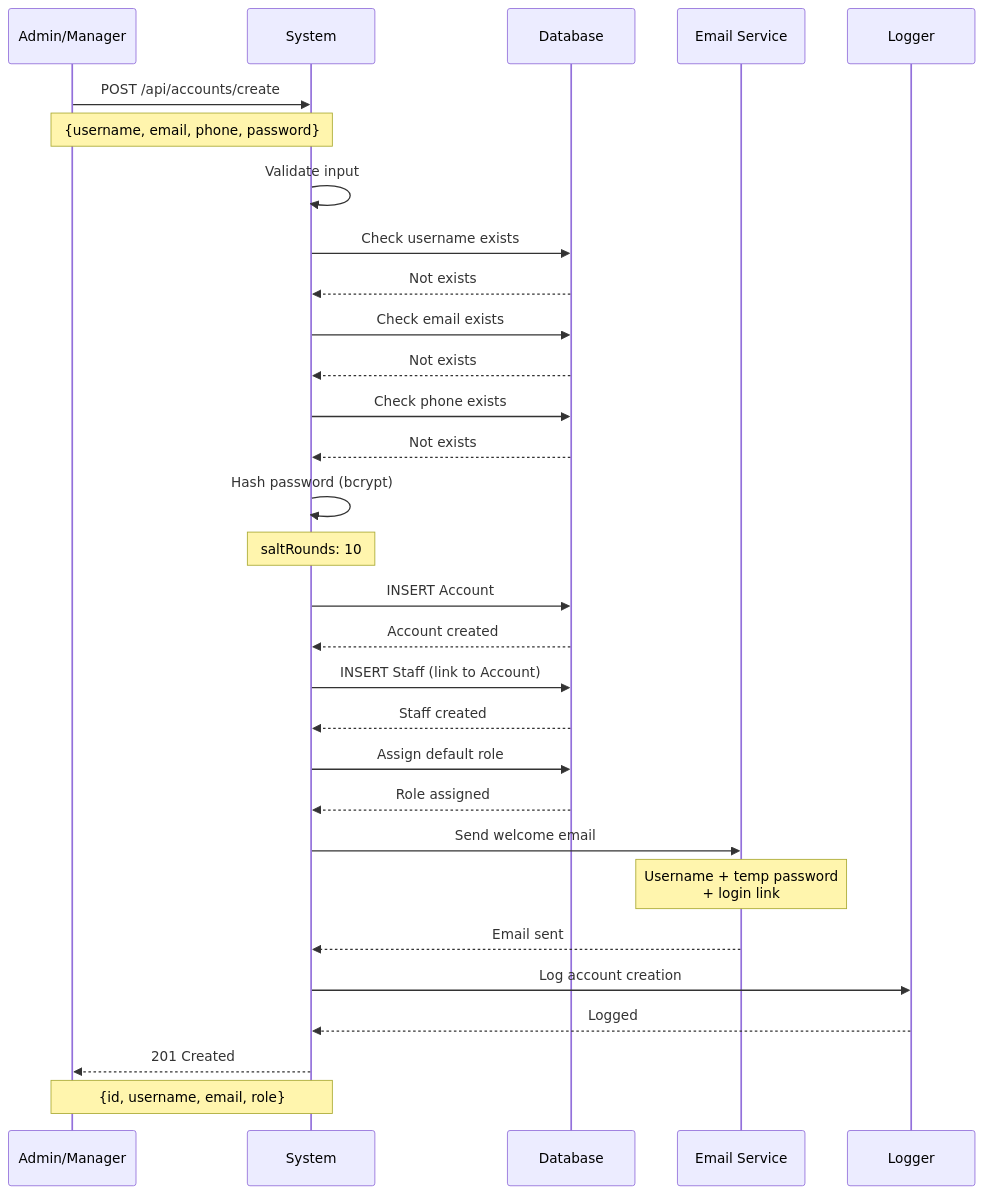
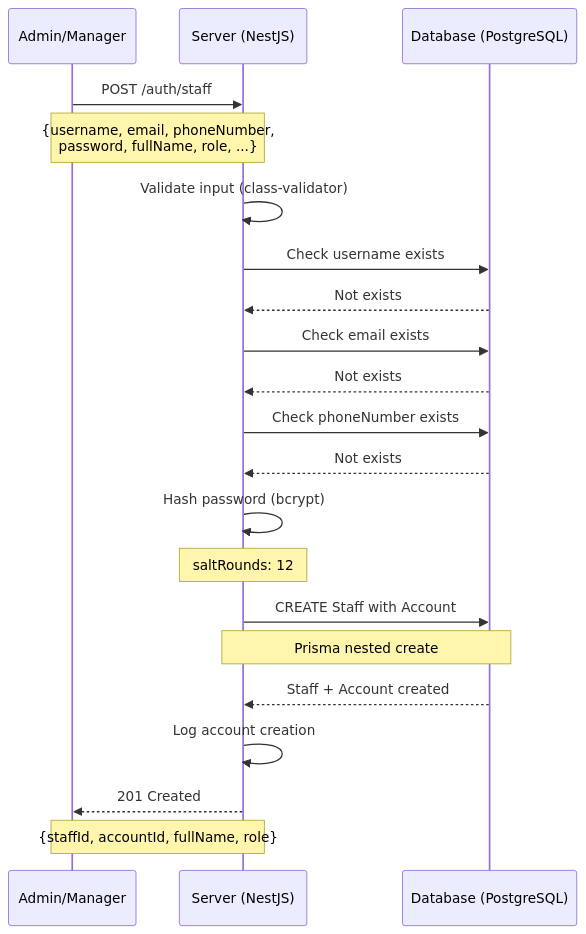
Before and after one commit to huy1235588/restaurant-management: the second of 12 diagrams in docs/diagrams/AUTHENTICATION_MANAGEMENT_DIAGRAMS.md, drawn with Mermaid. The commit also changed other lines of this file and 18 other files, not shown here.

Commit message:
Update documentation for Order Management, Reservation Management, and Staff Management modules to reflect real-world implementation as of June 2025. Enhance data structures, API endpoints, and feature descriptions while noting future development plans and integration details.

````diff
--- a/docs/diagrams/AUTHENTICATION_MANAGEMENT_DIAGRAMS.md
+++ b/docs/diagrams/AUTHENTICATION_MANAGEMENT_DIAGRAMS.md
@@ -39,43 +40,32 @@
 ```mermaid
 sequenceDiagram
     participant A as Admin/Manager
-    participant S as System
-    participant DB as Database
-    participant E as Email Service
-    participant L as Logger
+    participant S as Server (NestJS)
+    participant DB as Database (PostgreSQL)
     
-    A->>S: POST /api/accounts/create
-    Note over A,S: {username, email, phone, password}
+    A->>S: POST /auth/staff
+    Note over A,S: {username, email, phoneNumber,<br/>password, fullName, role, ...}
     
-    S->>S: Validate input
+    S->>S: Validate input (class-validator)
+    
     S->>DB: Check username exists
     DB-->>S: Not exists
     
     S->>DB: Check email exists
     DB-->>S: Not exists
     
-    S->>DB: Check phone exists
+    S->>DB: Check phoneNumber exists
     DB-->>S: Not exists
     
     S->>S: Hash password (bcrypt)
-    Note over S: saltRounds: 10
+    Note over S: saltRounds: 12
     
-    S->>DB: INSERT Account
-    DB-->>S: Account created
+    S->>DB: CREATE Staff with Account
+    Note over S,DB: Prisma nested create
+    DB-->>S: Staff + Account created
     
-    S->>DB: INSERT Staff (link to Account)
-    DB-->>S: Staff created
-    
-    S->>DB: Assign default role
-    DB-->>S: Role assigned
-    
-    S->>E: Send welcome email
-    Note over E: Username + temp password<br/>+ login link
-    E-->>S: Email sent
-    
-    S->>L: Log account creation
-    L-->>S: Logged
+    S->>S: Log account creation
     
     S-->>A: 201 Created
-    Note over S,A: {id, username, email, role}
+    Note over S,A: {staffId, accountId, fullName, role}
 ```
````
